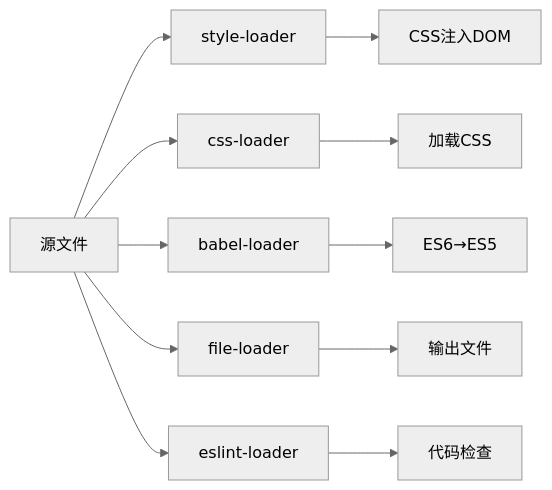
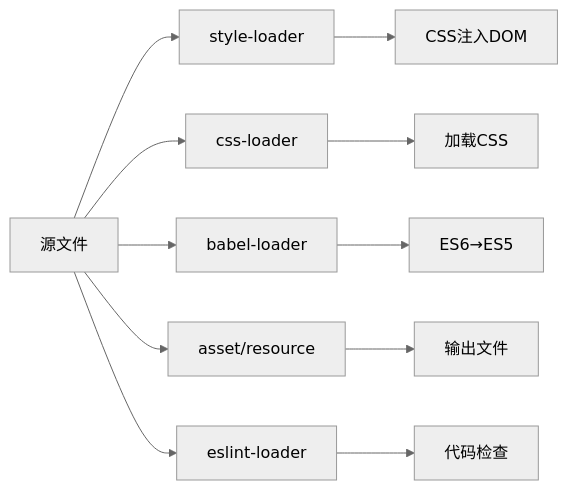
One commit to KMaybe01/common changed diagram 11 of 58 in S3-进阶提升/03-前端工程化.md. Above: the diagram before and after it, drawn with Mermaid (neutral theme). The commit also changed other lines of this file and 25 other files, not shown here.

````diff
--- a/S3-进阶提升/03-前端工程化.md
+++ b/S3-进阶提升/03-前端工程化.md
@@ -487,13 +487,13 @@
 ```mermaid
 flowchart LR
     A["源文件"] --> B["style-loader"]
     A --> C["css-loader"]
     A --> D["babel-loader"]
-    A --> E["file-loader"]
+    A --> E["asset/resource"]
     A --> F["eslint-loader"]
     B --> G["CSS注入DOM"]
     C --> H["加载CSS"]
     D --> I["ES6→ES5"]
     E --> J["输出文件"]
     F --> K["代码检查"]
 ```
````
